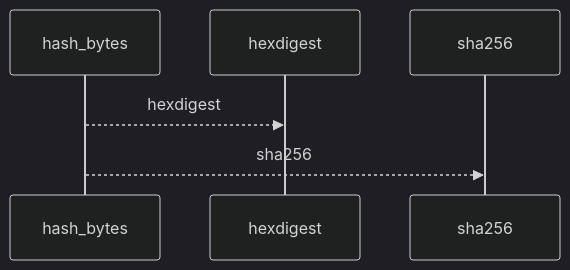
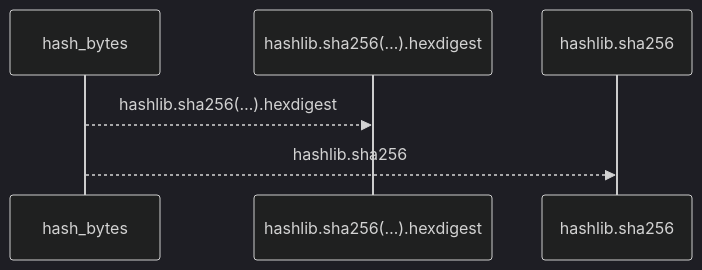
Before and after one commit to Denissvgn/python-wiki-llm: the first of 2 diagrams in docs/llm_wiki/flows/api-hash_bytes.md, drawn with Mermaid (dark theme). The commit also changed other lines of this file and 719 other files, not shown here.

````diff
--- a/docs/llm_wiki/flows/api-hash_bytes.md
+++ b/docs/llm_wiki/flows/api-hash_bytes.md
@@ -10,8 +10,8 @@
 ```mermaid
 sequenceDiagram
     participant p0 as hash_bytes
-    participant p1 as hexdigest
-    participant p2 as sha256
-    p0-->>p1: hexdigest
-    p0-->>p2: sha256
+    participant p1 as hashlib.sha256(…).hexdigest
+    participant p2 as hashlib.sha256
+    p0-->>p1: hashlib.sha256(…).hexdigest
+    p0-->>p2: hashlib.sha256
 ```
````
